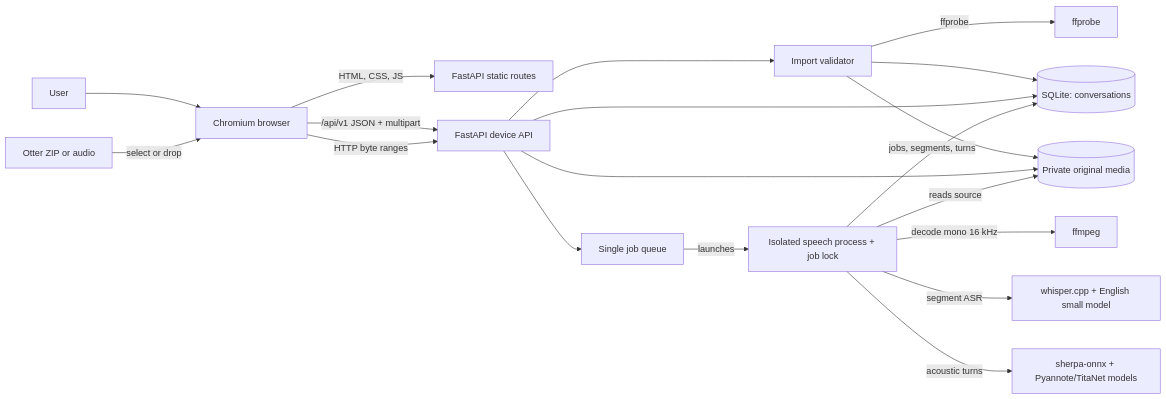
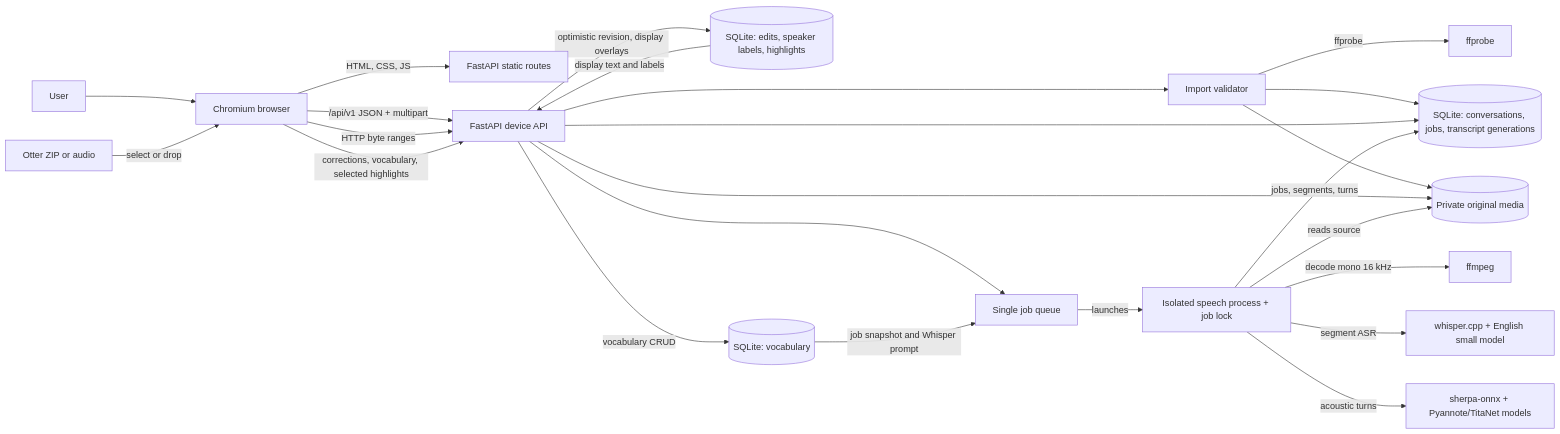
The diagram in docs/current-architecture.md (reversely/stellis-health-dev), drawn with Mermaid before and after one commit. The commit also changed other lines of this file, not shown here.

Commit message:
Document current transcript architecture

````diff
--- a/docs/current-architecture.md
+++ b/docs/current-architecture.md
@@ -7,21 +7,26 @@
 ```mermaid
 flowchart LR
   U[User] --> C[Chromium browser]
   Z[Otter ZIP or audio] -->|select or drop| C
   C -->|HTML, CSS, JS| F[FastAPI static routes]
   C -->|/api/v1 JSON + multipart| A[FastAPI device API]
   C -->|HTTP byte ranges| A
+  C -->|corrections, vocabulary, selected highlights| A
   A --> I[Import validator]
   I -->|ffprobe| P[ffprobe]
-  I --> D[(SQLite: conversations)]
+  I --> D[(SQLite: conversations, jobs, transcript generations)]
   I --> M[(Private original media)]
   A --> D
   A --> M
   A --> J[Single job queue]
   J -->|launches| X[Isolated speech process + job lock]
   X -->|decode mono 16 kHz| E[ffmpeg]
   X -->|segment ASR| W[whisper.cpp + English small model]
   X -->|acoustic turns| S[sherpa-onnx + Pyannote/TitaNet models]
   X -->|jobs, segments, turns| D
   X -->|reads source| M
+  A -->|optimistic revision, display overlays| O[(SQLite: edits, speaker labels, highlights)]
+  A -->|vocabulary CRUD| V[(SQLite: vocabulary)]
+  V -->|job snapshot and Whisper prompt| J
+  O -->|display text and labels| A
 ```
````
